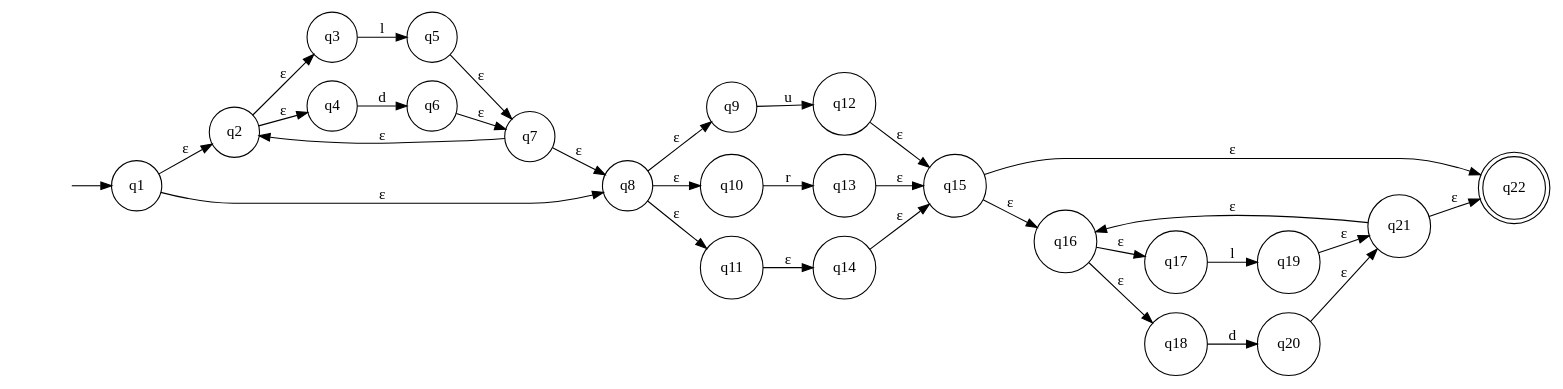
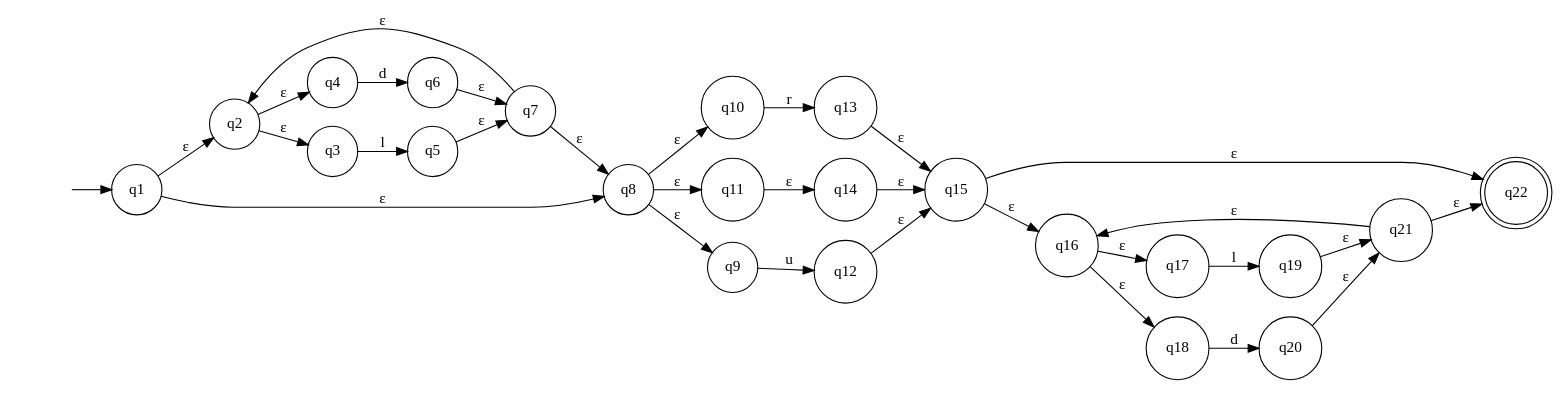
One commit to itsmeavi/POLmc changed the diagram in powerexpect.gv. Above: the diagram before and after it, drawn with Graphviz. The commit also changed other lines of this file and 10 other files, not shown here.

```diff
--- a/powerexpect.gv
+++ b/powerexpect.gv
@@ -1,56 +1,56 @@
 digraph powerexpect {
 	graph [rankdir=LR]
 	"" [label="" shape=plaintext]
 	q22 [label=q22 shape=doublecircle]
+	q17 [label=q17 shape=circle]
+	q19 [label=q19 shape=circle]
+	q4 [label=q4 shape=circle]
+	q5 [label=q5 shape=circle]
+	q6 [label=q6 shape=circle]
+	q10 [label=q10 shape=circle]
+	q11 [label=q11 shape=circle]
+	q1 [label=q1 shape=circle]
+	q15 [label=q15 shape=circle]
+	q21 [label=q21 shape=circle]
+	q20 [label=q20 shape=circle]
+	q16 [label=q16 shape=circle]
+	q18 [label=q18 shape=circle]
+	q13 [label=q13 shape=circle]
+	q7 [label=q7 shape=circle]
+	q2 [label=q2 shape=circle]
+	q3 [label=q3 shape=circle]
 	q9 [label=q9 shape=circle]
-	q15 [label=q15 shape=circle]
-	q20 [label=q20 shape=circle]
-	q10 [label=q10 shape=circle]
-	q6 [label=q6 shape=circle]
-	q21 [label=q21 shape=circle]
-	q3 [label=q3 shape=circle]
-	q11 [label=q11 shape=circle]
-	q17 [label=q17 shape=circle]
-	q2 [label=q2 shape=circle]
-	q18 [label=q18 shape=circle]
 	q12 [label=q12 shape=circle]
+	q14 [label=q14 shape=circle]
 	q8 [label=q8 shape=circle]
-	q1 [label=q1 shape=circle]
-	q4 [label=q4 shape=circle]
-	q13 [label=q13 shape=circle]
-	q14 [label=q14 shape=circle]
-	q7 [label=q7 shape=circle]
-	q16 [label=q16 shape=circle]
-	q5 [label=q5 shape=circle]
-	q19 [label=q19 shape=circle]
 	"" -> q1 [label=""]
 	q1 -> q2 [label="ε"]
 	q1 -> q8 [label="ε"]
 	q2 -> q3 [label="ε"]
 	q2 -> q4 [label="ε"]
 	q3 -> q5 [label=l]
 	q4 -> q6 [label=d]
 	q5 -> q7 [label="ε"]
 	q6 -> q7 [label="ε"]
 	q7 -> q2 [label="ε"]
 	q7 -> q8 [label="ε"]
+	q8 -> q9 [label="ε"]
 	q8 -> q11 [label="ε"]
-	q8 -> q9 [label="ε"]
 	q8 -> q10 [label="ε"]
 	q9 -> q12 [label=u]
 	q10 -> q13 [label=r]
 	q11 -> q14 [label="ε"]
 	q12 -> q15 [label="ε"]
 	q13 -> q15 [label="ε"]
 	q14 -> q15 [label="ε"]
 	q15 -> q22 [label="ε"]
 	q15 -> q16 [label="ε"]
 	q16 -> q17 [label="ε"]
 	q16 -> q18 [label="ε"]
 	q17 -> q19 [label=l]
 	q18 -> q20 [label=d]
 	q19 -> q21 [label="ε"]
 	q20 -> q21 [label="ε"]
 	q21 -> q22 [label="ε"]
 	q21 -> q16 [label="ε"]
 }
```
